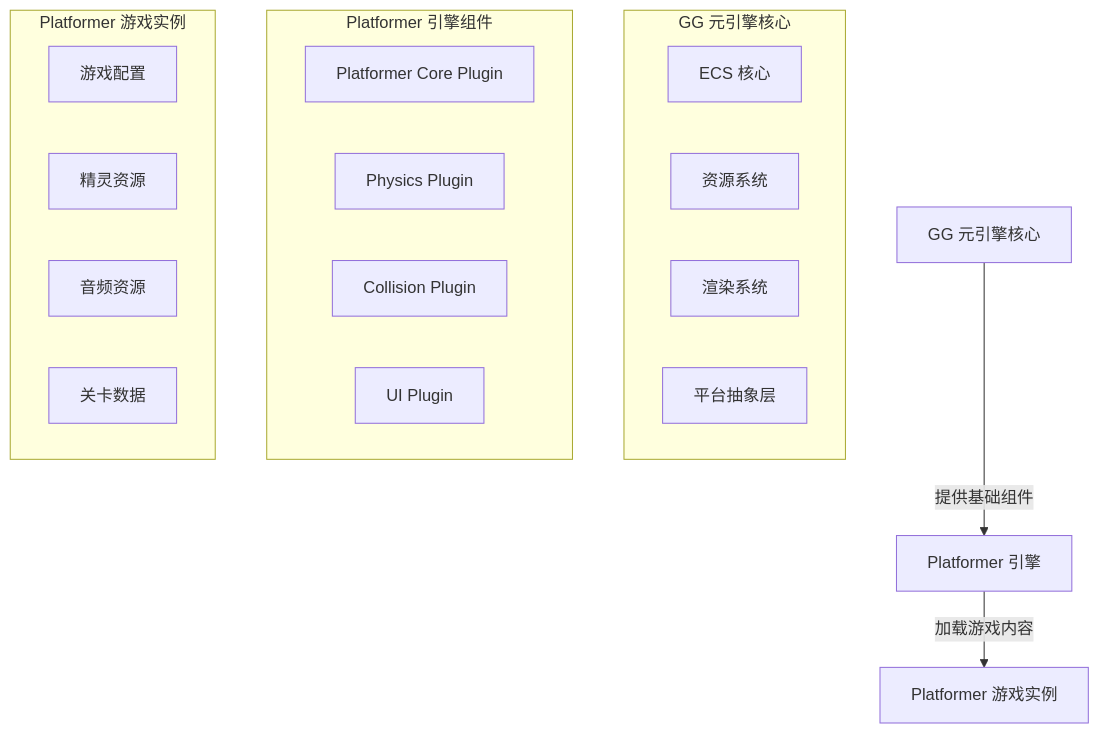
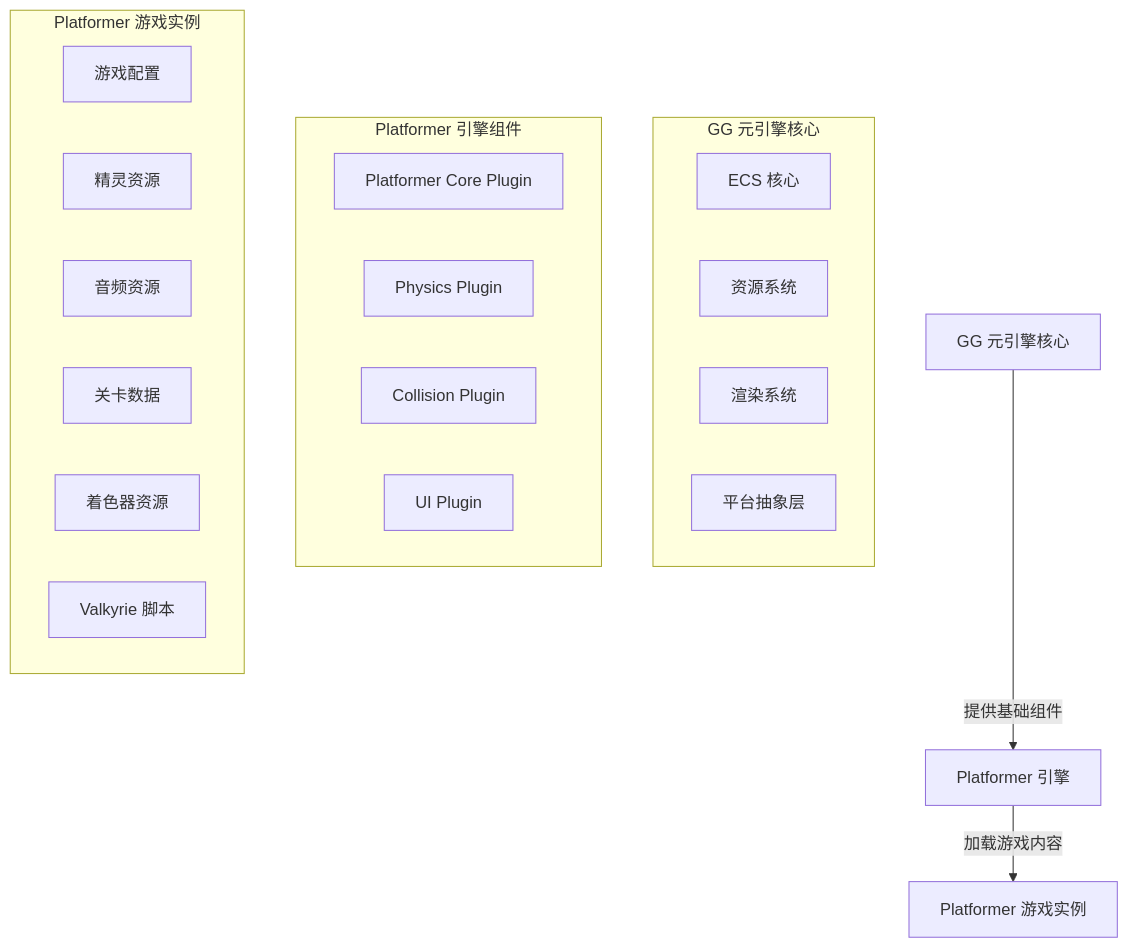
The diagram in design/engines/platformer/architecture.md (oovm/CivitLink), drawn with Mermaid before and after one commit. The commit also changed other lines of this file and 956 other files, not shown here.

````diff
--- a/design/engines/platformer/architecture.md
+++ b/design/engines/platformer/architecture.md
@@ -70,30 +126,32 @@
 ```mermaid
 graph TD
     A[GG 元引擎核心]
     B[Platformer 引擎]
     C[Platformer 游戏实例]
-    
+
     A -->|提供基础组件| B
     B -->|加载游戏内容| C
-    
+
     subgraph A1[GG 元引擎核心]
         A1_1[ECS 核心]
         A1_2[资源系统]
         A1_3[渲染系统]
         A1_4[平台抽象层]
     end
-    
+
     subgraph B1[Platformer 引擎组件]
         B1_1[Platformer Core Plugin]
         B1_2[Physics Plugin]
         B1_3[Collision Plugin]
         B1_4[UI Plugin]
     end
-    
+
     subgraph C1[Platformer 游戏实例]
         C1_1[游戏配置]
         C1_2[精灵资源]
         C1_3[音频资源]
         C1_4[关卡数据]
+        C1_5[着色器资源]
+        C1_6[Valkyrie 脚本]
     end
 ```
````
